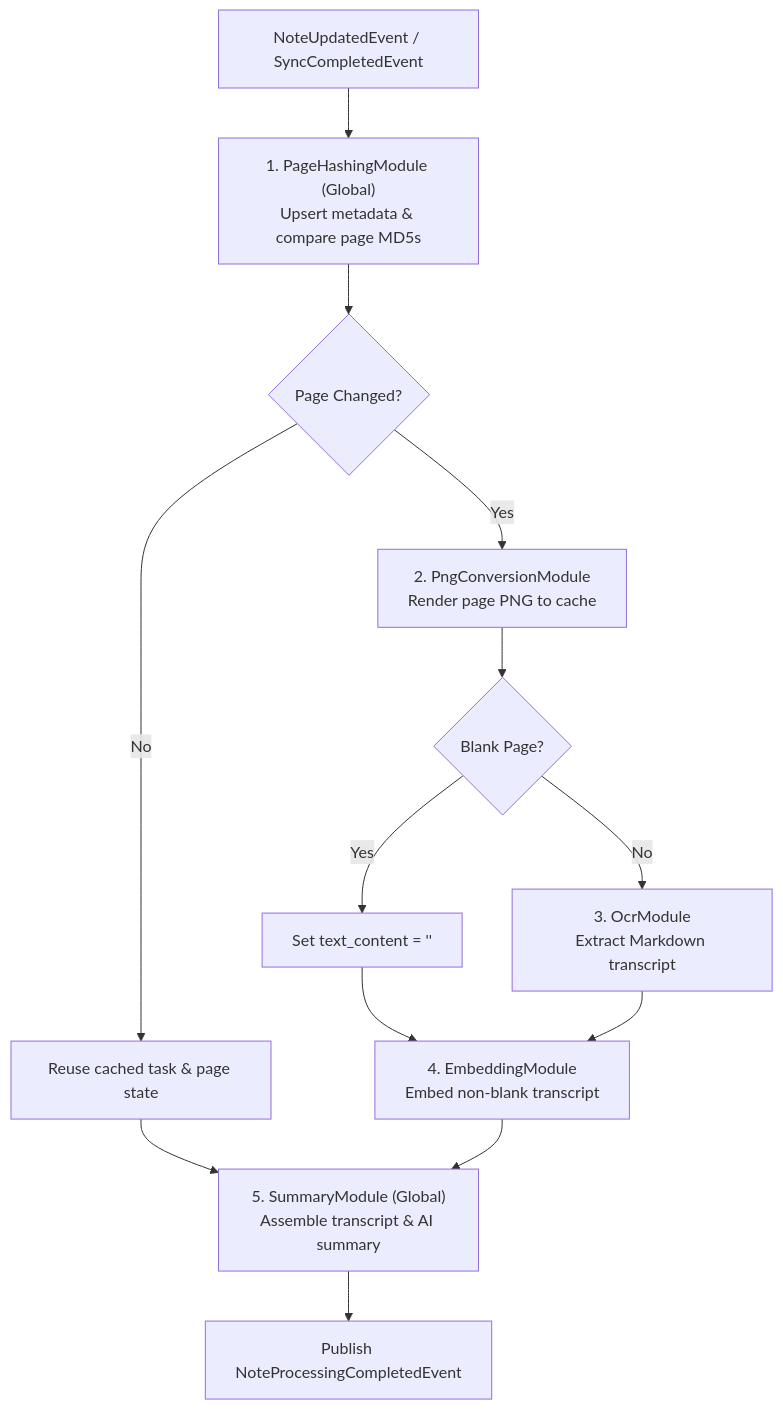
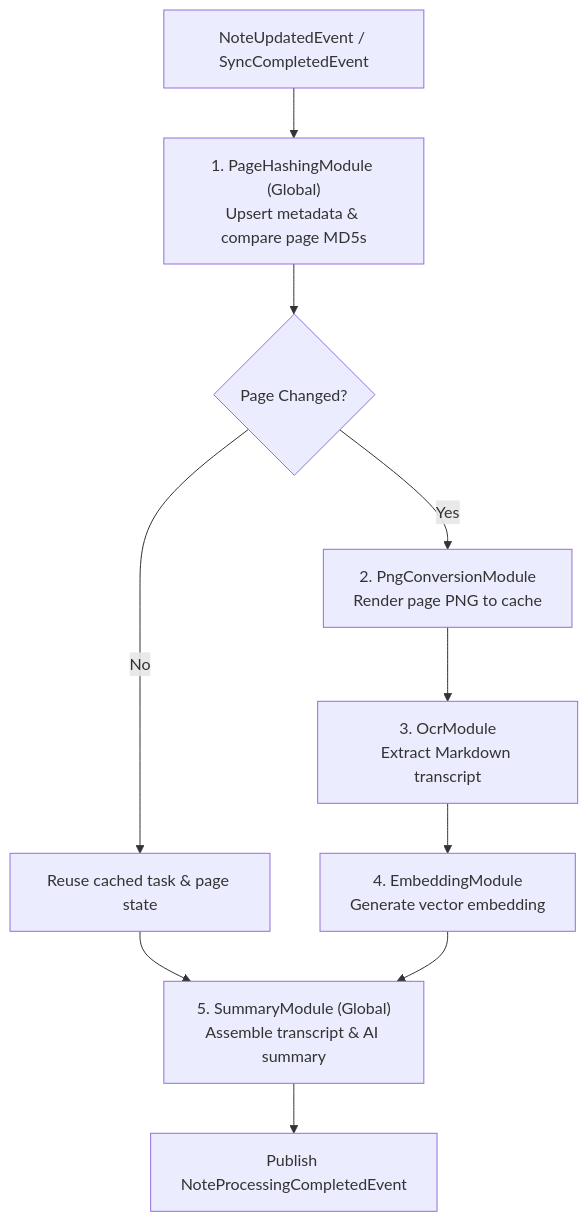
Before and after one commit to allenporter/supernote: the diagram in docs/note_processing_design.md, drawn with Mermaid.

Commit message:
docs: simplify per-page flow in note_processing_design diagram

````diff
--- a/docs/note_processing_design.md
+++ b/docs/note_processing_design.md
@@ -26,15 +26,12 @@
 ```mermaid
 flowchart TD
     EVT["NoteUpdatedEvent / SyncCompletedEvent"] --> PRE["1. PageHashingModule (Global)<br/>Upsert metadata & compare page MD5s"]
     PRE --> DIFF{"Page Changed?"}
     DIFF -- "No" --> REUSE["Reuse cached task & page state"]
     DIFF -- "Yes" --> PNG["2. PngConversionModule<br/>Render page PNG to cache"]
-    PNG --> BLANK{"Blank Page?"}
-    BLANK -- "Yes" --> SKIP_OCR["Set text_content = ''"]
-    BLANK -- "No" --> OCR["3. OcrModule<br/>Extract Markdown transcript"]
-    SKIP_OCR --> EMB["4. EmbeddingModule<br/>Embed non-blank transcript"]
-    OCR --> EMB
+    PNG --> OCR["3. OcrModule<br/>Extract Markdown transcript"]
+    OCR --> EMB["4. EmbeddingModule<br/>Generate vector embedding"]
     REUSE --> POST["5. SummaryModule (Global)<br/>Assemble transcript & AI summary"]
     EMB --> POST
     POST --> DONE["Publish NoteProcessingCompletedEvent"]
 ```
````
